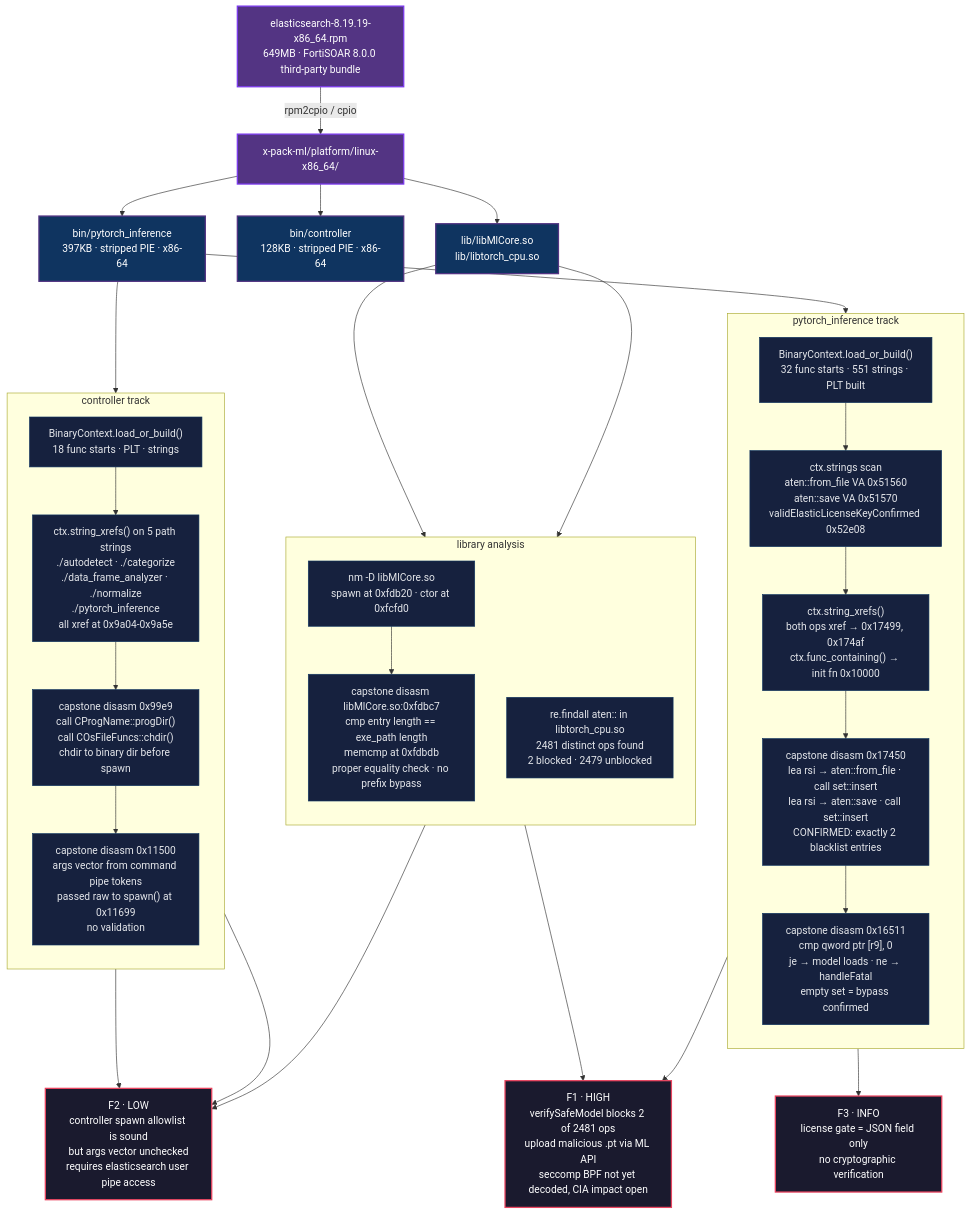
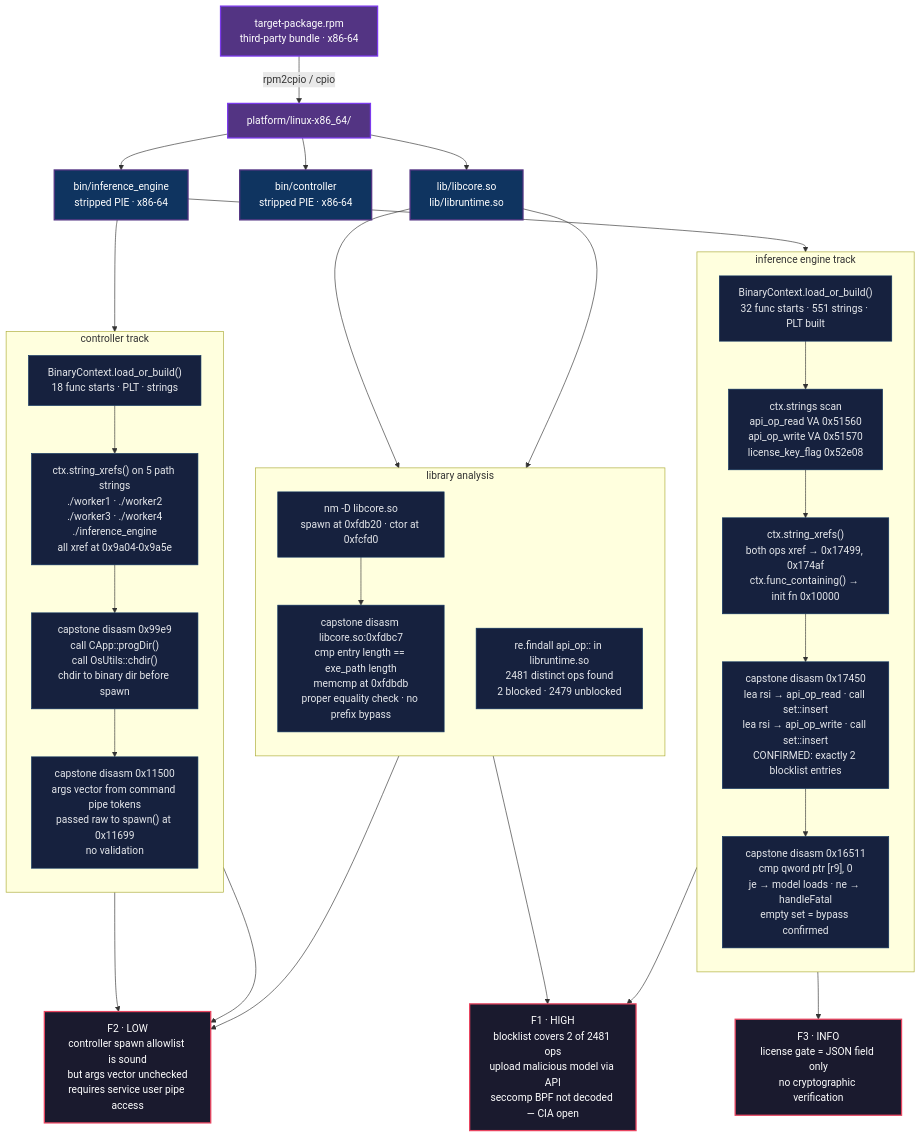
Before and after one commit to Ablation-Tool/ablation: the second of 2 diagrams in README.md, drawn with Mermaid. The commit also changed other lines of this file and 1 other file, not shown here.

Commit message:
update workflow example

````diff
--- a/README.md
+++ b/README.md
@@ -232,59 +232,59 @@
 ```mermaid
 flowchart TD
-    RPM["elasticsearch-8.19.19-x86_64.rpm<br/>649MB · FortiSOAR 8.0.0 third-party bundle"]
+    RPM["target-package.rpm<br/>third-party bundle · x86-64"]
 
-    RPM -->|rpm2cpio / cpio| EXTRACT["x-pack-ml/platform/linux-x86_64/"]
+    RPM -->|rpm2cpio / cpio| EXTRACT["platform/linux-x86_64/"]
 
-    EXTRACT --> PI["bin/pytorch_inference<br/>397KB · stripped PIE · x86-64"]
-    EXTRACT --> CTRL["bin/controller<br/>128KB · stripped PIE · x86-64"]
-    EXTRACT --> LIBS["lib/libMlCore.so<br/>lib/libtorch_cpu.so"]
+    EXTRACT --> PI["bin/inference_engine<br/>stripped PIE · x86-64"]
+    EXTRACT --> CTRL["bin/controller<br/>stripped PIE · x86-64"]
+    EXTRACT --> LIBS["lib/libcore.so<br/>lib/libruntime.so"]
 
-    subgraph TRACK_PI ["pytorch_inference track"]
+    subgraph TRACK_PI ["inference engine track"]
         direction TB
         BCI["BinaryContext.load_or_build()<br/>32 func starts · 551 strings · PLT built"]
-        BCI --> SS["ctx.strings scan<br/>aten::from_file VA 0x51560<br/>aten::save VA 0x51570<br/>validElasticLicenseKeyConfirmed 0x52e08"]
+        BCI --> SS["ctx.strings scan<br/>api_op_read VA 0x51560<br/>api_op_write VA 0x51570<br/>license_key_flag 0x52e08"]
         SS --> XREF["ctx.string_xrefs()<br/>both ops xref → 0x17499, 0x174af<br/>ctx.func_containing() → init fn 0x10000"]
-        XREF --> DA1["capstone disasm 0x17450<br/>lea rsi → aten::from_file · call set::insert<br/>lea rsi → aten::save · call set::insert<br/>CONFIRMED: exactly 2 blacklist entries"]
+        XREF --> DA1["capstone disasm 0x17450<br/>lea rsi → api_op_read · call set::insert<br/>lea rsi → api_op_write · call set::insert<br/>CONFIRMED: exactly 2 blocklist entries"]
         DA1 --> DA2["capstone disasm 0x16511<br/>cmp qword ptr [r9], 0<br/>je → model loads · ne → handleFatal<br/>empty set = bypass confirmed"]
     end
 
     subgraph TRACK_LIBS ["library analysis"]
         direction TB
-        NM["nm -D libMlCore.so<br/>spawn at 0xfdb20 · ctor at 0xfcfd0"]
-        NM --> DA3["capstone disasm libMlCore.so:0xfdbc7<br/>cmp entry length == exe_path length<br/>memcmp at 0xfdbdb<br/>proper equality check · no prefix bypass"]
-        LSCAN["re.findall aten:: in libtorch_cpu.so<br/>2481 distinct ops found<br/>2 blocked · 2479 unblocked"]
+        NM["nm -D libcore.so<br/>spawn at 0xfdb20 · ctor at 0xfcfd0"]
+        NM --> DA3["capstone disasm libcore.so:0xfdbc7<br/>cmp entry length == exe_path length<br/>memcmp at 0xfdbdb<br/>proper equality check · no prefix bypass"]
+        LSCAN["re.findall api_op:: in libruntime.so<br/>2481 distinct ops found<br/>2 blocked · 2479 unblocked"]
     end
 
     subgraph TRACK_CTRL ["controller track"]
         direction TB
         BCC["BinaryContext.load_or_build()<br/>18 func starts · PLT · strings"]
-        BCC --> XREF2["ctx.string_xrefs() on 5 path strings<br/>./autodetect · ./categorize<br/>./data_frame_analyzer · ./normalize<br/>./pytorch_inference<br/>all xref at 0x9a04-0x9a5e"]
-        XREF2 --> DA4["capstone disasm 0x99e9<br/>call CProgName::progDir()<br/>call COsFileFuncs::chdir()<br/>chdir to binary dir before spawn"]
+        BCC --> XREF2["ctx.string_xrefs() on 5 path strings<br/>./worker1 · ./worker2<br/>./worker3 · ./worker4<br/>./inference_engine<br/>all xref at 0x9a04-0x9a5e"]
+        XREF2 --> DA4["capstone disasm 0x99e9<br/>call CApp::progDir()<br/>call OsUtils::chdir()<br/>chdir to binary dir before spawn"]
         DA4 --> DA5["capstone disasm 0x11500<br/>args vector from command pipe tokens<br/>passed raw to spawn() at 0x11699<br/>no validation"]
     end
 
     PI --> BCI
     PI --> BCC
     LIBS --> NM
     LIBS --> LSCAN
 
     DA2 --> F1
-    LSCAN --> F1["F1 · HIGH<br/>verifySafeModel blocks 2 of 2481 ops<br/>upload malicious .pt via ML API<br/>seccomp BPF not yet decoded, CIA impact open"]
+    LSCAN --> F1["F1 · HIGH<br/>blocklist covers 2 of 2481 ops<br/>upload malicious model via API<br/>seccomp BPF not decoded — CIA open"]
 
     DA3 --> F2
-    XREF2 --> F2["F2 · LOW<br/>controller spawn allowlist is sound<br/>but args vector unchecked<br/>requires elasticsearch user pipe access"]
+    XREF2 --> F2["F2 · LOW<br/>controller spawn allowlist is sound<br/>but args vector unchecked<br/>requires service user pipe access"]
 
     DA5 --> F2
 
     SS --> F3["F3 · INFO<br/>license gate = JSON field only<br/>no cryptographic verification"]
 
     classDef finding fill:#1a1a2e,stroke:#e94560,stroke-width:2px,color:#fff
     classDef tool fill:#16213e,stroke:#0f3460,stroke-width:1px,color:#e5e7eb
     classDef binary fill:#0f3460,stroke:#533483,stroke-width:2px,color:#fff
     classDef input fill:#533483,stroke:#7c3aed,stroke-width:2px,color:#fff
 
     class F1,F2,F3 finding
     class BCI,BCC,NM,LSCAN,SS,XREF,XREF2,DA1,DA2,DA3,DA4,DA5 tool
     class PI,CTRL,LIBS binary
     class RPM,EXTRACT input
 ```
````
